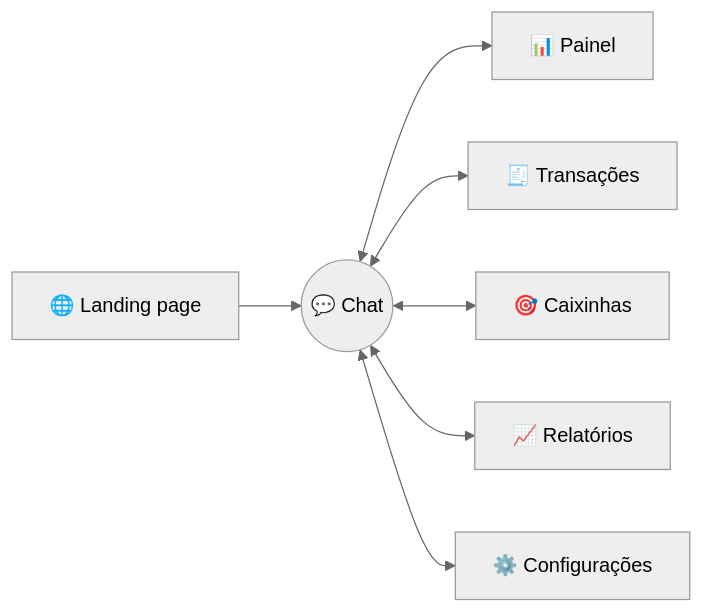
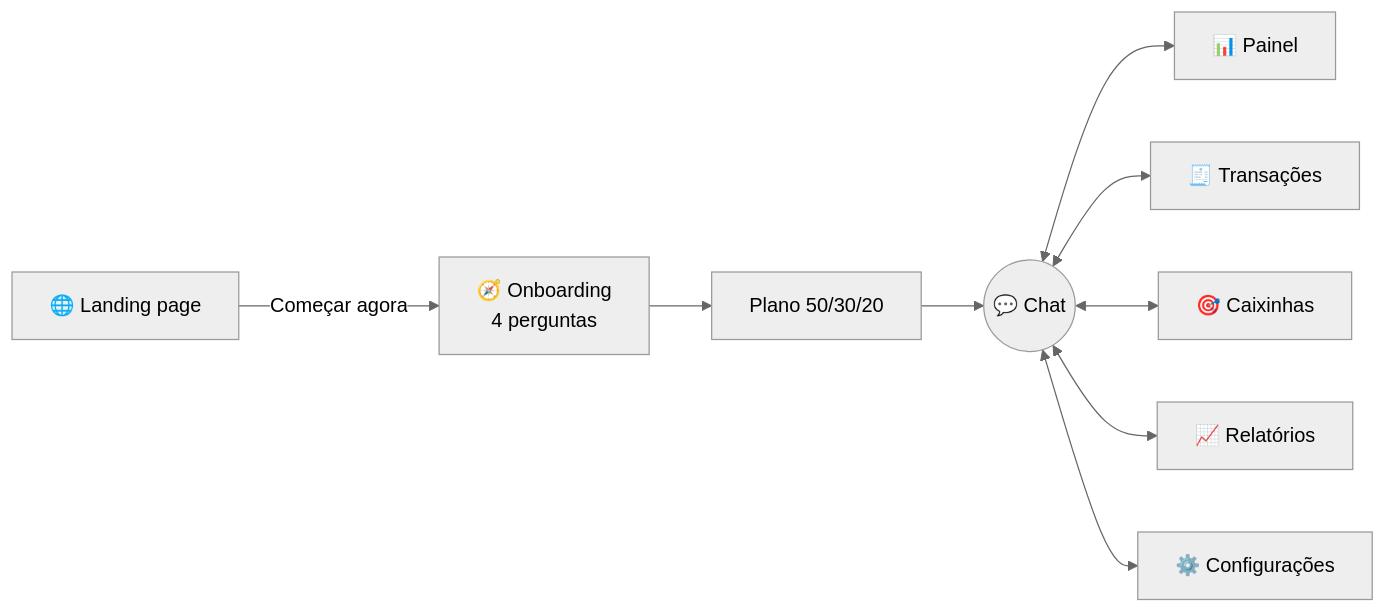
One commit to DLTechSup/dio-lab-vibe-coding-app-financas changed the second of 4 diagrams in README.md. Above: the diagram before and after it, drawn with Mermaid (neutral theme). The commit also changed other lines of this file and 10 other files, not shown here.

````diff
--- a/README.md
+++ b/README.md
@@ -187,9 +187,11 @@
 ```mermaid
 flowchart LR
-    A[🌐 Landing page] --> CH((💬 Chat))
+    L[🌐 Landing page] -->|Começar agora| OB[🧭 Onboarding<br/>4 perguntas]
+    OB --> PL[Plano 50/30/20]
+    PL --> CH((💬 Chat))
     CH <--> PA[📊 Painel]
     CH <--> TR[🧾 Transações]
     CH <--> CX[🎯 Caixinhas]
     CH <--> RE[📈 Relatórios]
     CH <--> CF[⚙️ Configurações]
 ```
````
